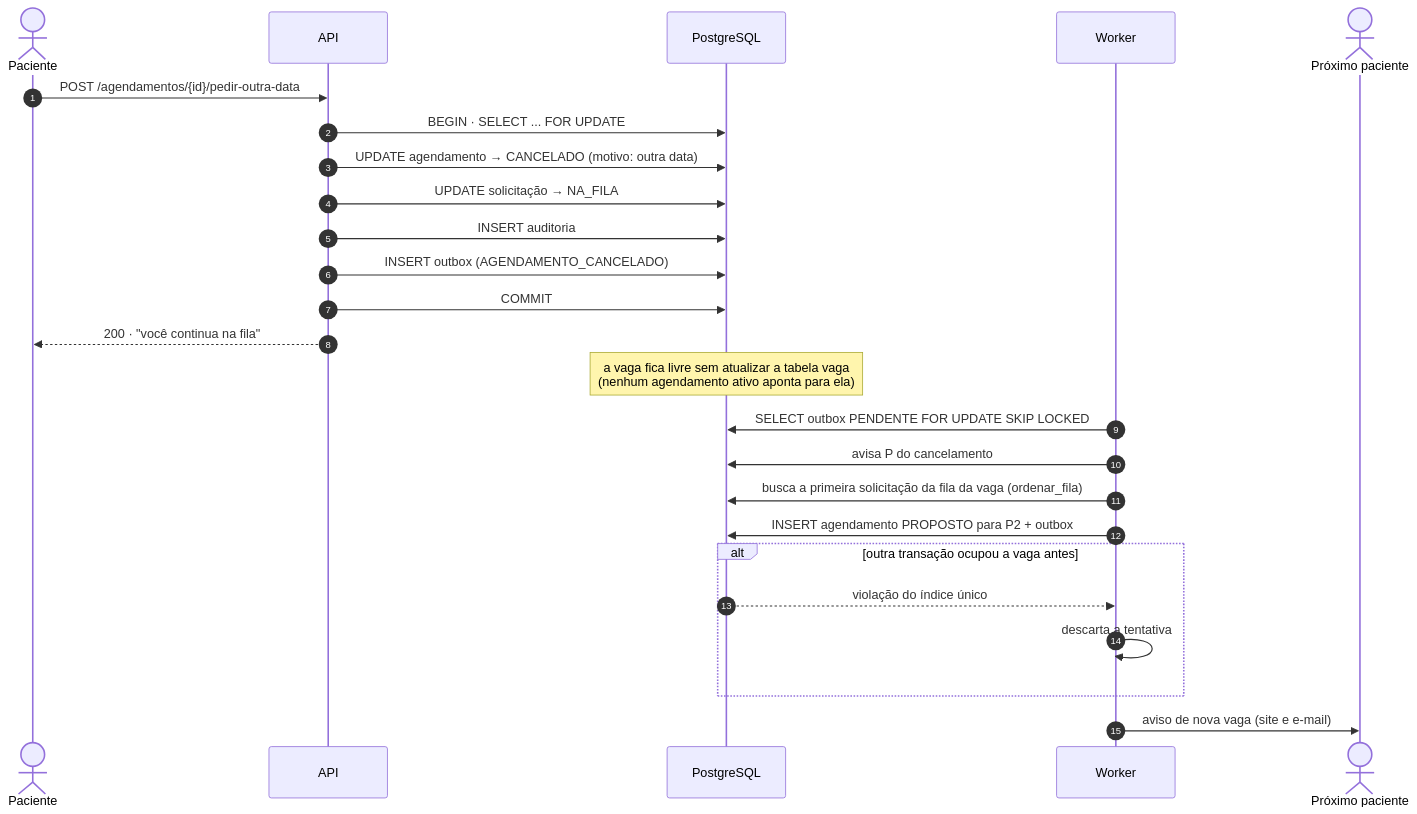
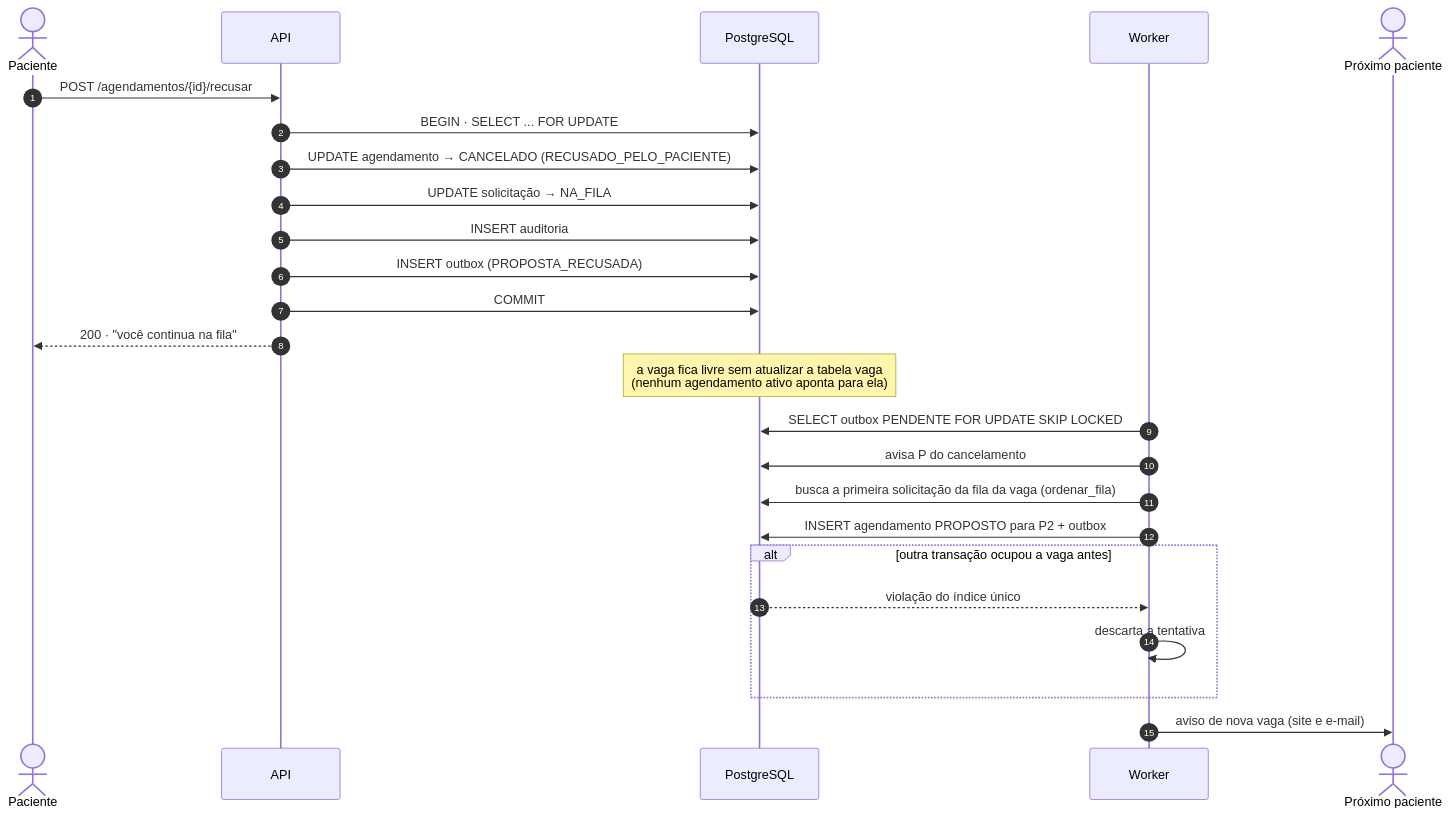
The diagram in docs/architecture/diagrams/sequence-cancellation.md (JoaoAzevedo184/Central-Saude-UPE), drawn with Mermaid before and after one commit. The commit also changed 2 other files, not shown here.

Commit message:
feat(diagrams): atualizar diagramas de sequência para refletir mudanças nos estados de agendamento e cancelamento

````diff
--- a/docs/architecture/diagrams/sequence-cancellation.md
+++ b/docs/architecture/diagrams/sequence-cancellation.md
@@ -5,29 +5,29 @@
 ```mermaid
 sequenceDiagram
   autonumber
   actor P as Paciente
   participant A as API
   participant D as PostgreSQL
   participant W as Worker
   actor P2 as Próximo paciente
 
-  P->>A: POST /agendamentos/{id}/pedir-outra-data
+  P->>A: POST /agendamentos/{id}/recusar
   A->>D: BEGIN · SELECT ... FOR UPDATE
-  A->>D: UPDATE agendamento → CANCELADO (motivo: outra data)
+  A->>D: UPDATE agendamento → CANCELADO (RECUSADO_PELO_PACIENTE)
   A->>D: UPDATE solicitação → NA_FILA
   A->>D: INSERT auditoria
-  A->>D: INSERT outbox (AGENDAMENTO_CANCELADO)
+  A->>D: INSERT outbox (PROPOSTA_RECUSADA)
   A->>D: COMMIT
   A-->>P: 200 · "você continua na fila"
   Note over D: a vaga fica livre sem atualizar a tabela vaga<br/>(nenhum agendamento ativo aponta para ela)
 
   W->>D: SELECT outbox PENDENTE FOR UPDATE SKIP LOCKED
   W->>D: avisa P do cancelamento
   W->>D: busca a primeira solicitação da fila da vaga (ordenar_fila)
   W->>D: INSERT agendamento PROPOSTO para P2 + outbox
   alt outra transação ocupou a vaga antes
     D-->>W: violação do índice único
     W->>W: descarta a tentativa
   end
   W->>P2: aviso de nova vaga (site e e-mail)
 ```
````
